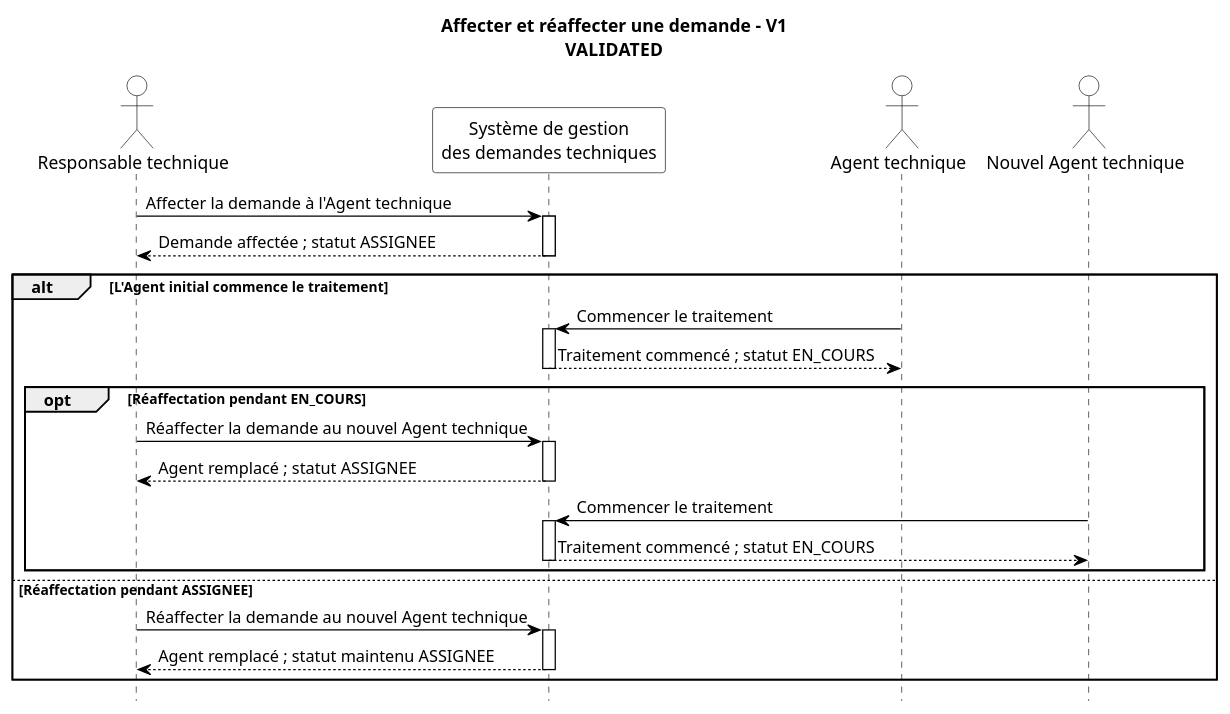
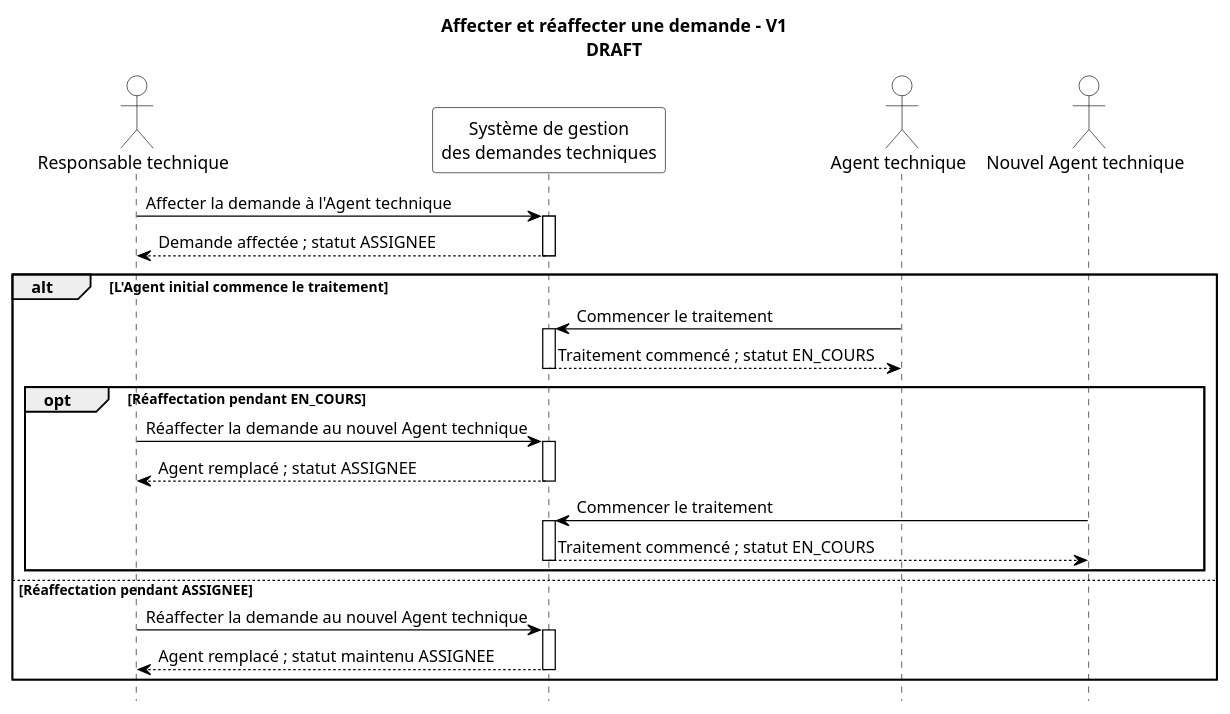
Before and after one commit to akrouty/gestion-demandes-techniques: the diagram in docs/uml/sequence/assign-reassign-request-v1.puml, drawn with PlantUML. The commit also changed 9 other files, not shown here.

Commit message:
modification uml

```diff
--- a/docs/uml/sequence/assign-reassign-request-v1.puml
+++ b/docs/uml/sequence/assign-reassign-request-v1.puml
@@ -1,59 +1,65 @@
 @startuml
 
-' Statut : VALIDATED
-title Affecter et réaffecter une demande - V1\nVALIDATED
+' Statut : DRAFT
+title Affecter et réaffecter une demande - V1\nDRAFT
 
 hide footbox
+' PlantUML affiche nativement les gardes des fragments entre crochets.
 skinparam monochrome true
 skinparam shadowing false
 skinparam backgroundColor white
 skinparam sequence {
   ArrowColor black
   ActorBorderColor black
   ActorBackgroundColor white
   ActorFontColor black
   ParticipantBorderColor black
   ParticipantBackgroundColor white
   ParticipantFontColor black
   LifeLineBorderColor black
   LifeLineBackgroundColor white
   GroupBorderColor black
   GroupHeaderFontColor black
   GroupBodyBackgroundColor white
 }
 
 actor "Responsable technique" as RT
 participant "Système de gestion\ndes demandes techniques" as SYSTEM
 actor "Agent technique" as AGENT
 actor "Nouvel Agent technique" as NEW_AGENT
 
 RT -> SYSTEM : Affecter la demande à l'Agent technique
 activate SYSTEM
 SYSTEM --> RT : Demande affectée ; statut ASSIGNEE
 deactivate SYSTEM
 
+' Garde UML : [L'Agent initial commence le traitement]
+
 alt L'Agent initial commence le traitement
   AGENT -> SYSTEM : Commencer le traitement
   activate SYSTEM
   SYSTEM --> AGENT : Traitement commencé ; statut EN_COURS
   deactivate SYSTEM
+
+  ' Garde UML : [Réaffectation pendant EN_COURS]
 
   opt Réaffectation pendant EN_COURS
     RT -> SYSTEM : Réaffecter la demande au nouvel Agent technique
     activate SYSTEM
     SYSTEM --> RT : Agent remplacé ; statut ASSIGNEE
     deactivate SYSTEM
 
     NEW_AGENT -> SYSTEM : Commencer le traitement
     activate SYSTEM
     SYSTEM --> NEW_AGENT : Traitement commencé ; statut EN_COURS
     deactivate SYSTEM
   end
+' Garde UML : [Réaffectation pendant ASSIGNEE]
 else Réaffectation pendant ASSIGNEE
   RT -> SYSTEM : Réaffecter la demande au nouvel Agent technique
   activate SYSTEM
   SYSTEM --> RT : Agent remplacé ; statut maintenu ASSIGNEE
   deactivate SYSTEM
 end
 
 @enduml
```
